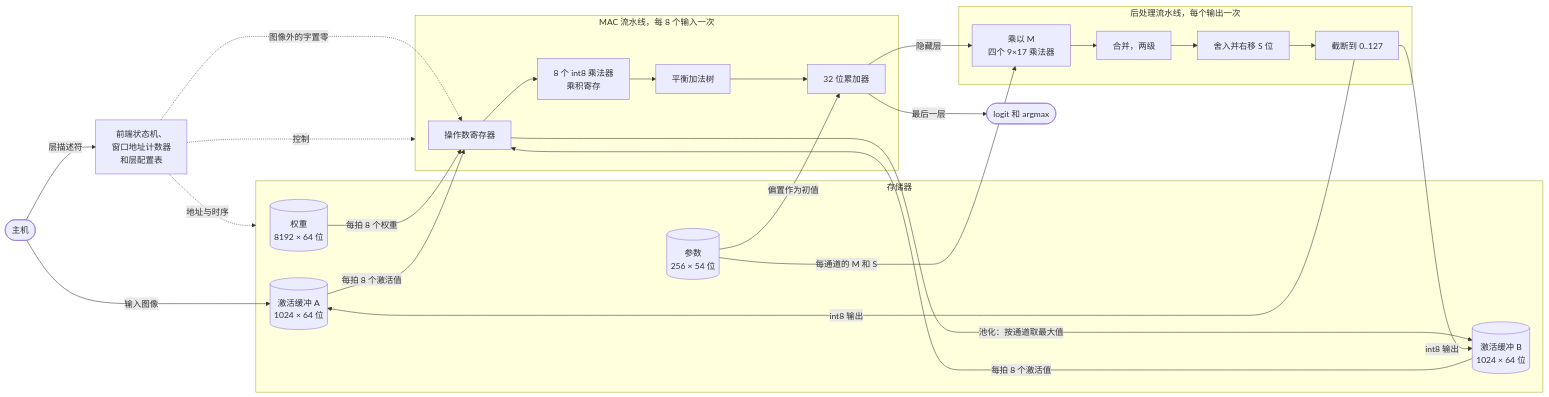
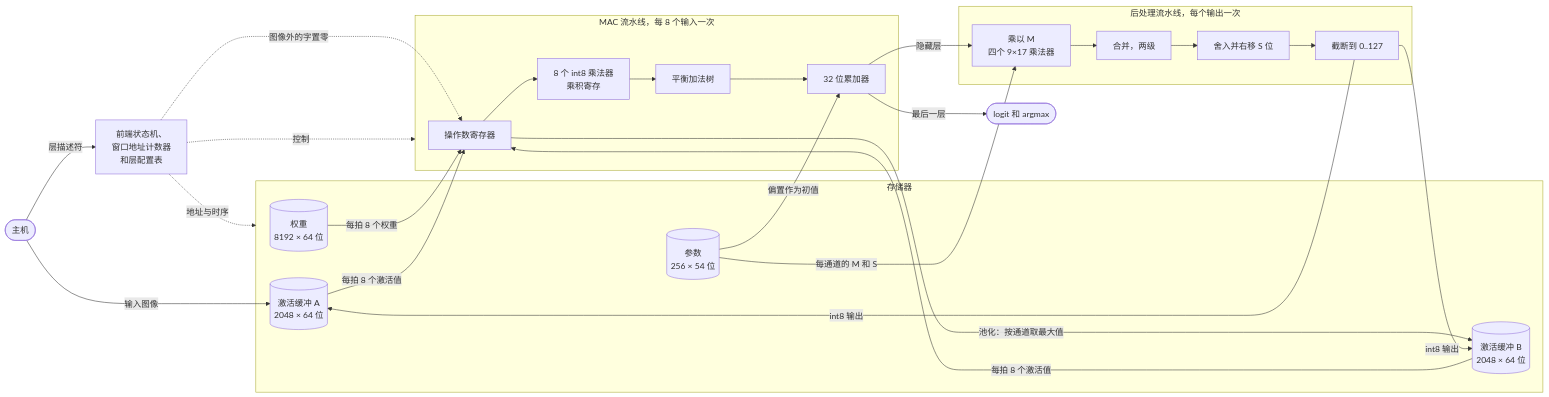
The diagram in README.zh-CN.md (lai3d/suanpan), drawn with Mermaid before and after one commit. The commit also changed other lines of this file and 15 other files, not shown here.

````diff
--- a/README.zh-CN.md
+++ b/README.zh-CN.md
@@ -141,46 +160,46 @@
 ```mermaid
 flowchart LR
     host([主机])
 
     subgraph mem[存储器]
         wmem[(权重<br/>8192 × 64 位)]
         bmem[(参数<br/>256 × 54 位)]
-        bufa[(激活缓冲 A<br/>1024 × 64 位)]
-        bufb[(激活缓冲 B<br/>1024 × 64 位)]
+        bufa[(激活缓冲 A<br/>2048 × 64 位)]
+        bufb[(激活缓冲 B<br/>2048 × 64 位)]
     end
 
     subgraph mac[MAC 流水线，每 8 个输入一次]
         reg0[操作数寄存器]
         mul[8 个 int8 乘法器<br/>乘积寄存]
         tree[平衡加法树]
         acc[32 位累加器]
         reg0 --> mul --> tree --> acc
     end
 
     subgraph rq[后处理流水线，每个输出一次]
         hmul[乘以 M<br/>四个 9×17 乘法器]
         comb[合并，两级]
         rnd[舍入并右移 S 位]
         clamp[截断到 0..127]
         hmul --> comb --> rnd --> clamp
     end
 
     ctrl[前端状态机、<br/>窗口地址计数器<br/>和层配置表]
     out([logit 和 argmax])
 
     host -- 输入图像 --> bufa
     host -- 层描述符 --> ctrl
     wmem -- 每拍 8 个权重 --> reg0
     bufa -- 每拍 8 个激活值 --> reg0
     bufb -- 每拍 8 个激活值 --> reg0
     bmem -- 偏置作为初值 --> acc
     bmem -- 每通道的 M 和 S --> hmul
     reg0 -- 池化：按通道取最大值 --> bufb
     acc -- 隐藏层 --> hmul
     clamp -- int8 输出 --> bufb
     clamp -- int8 输出 --> bufa
     acc -- 最后一层 --> out
     ctrl -. 地址与时序 .-> mem
     ctrl -. 控制 .-> mac
     ctrl -. 图像外的字置零 .-> reg0
 ```
````
